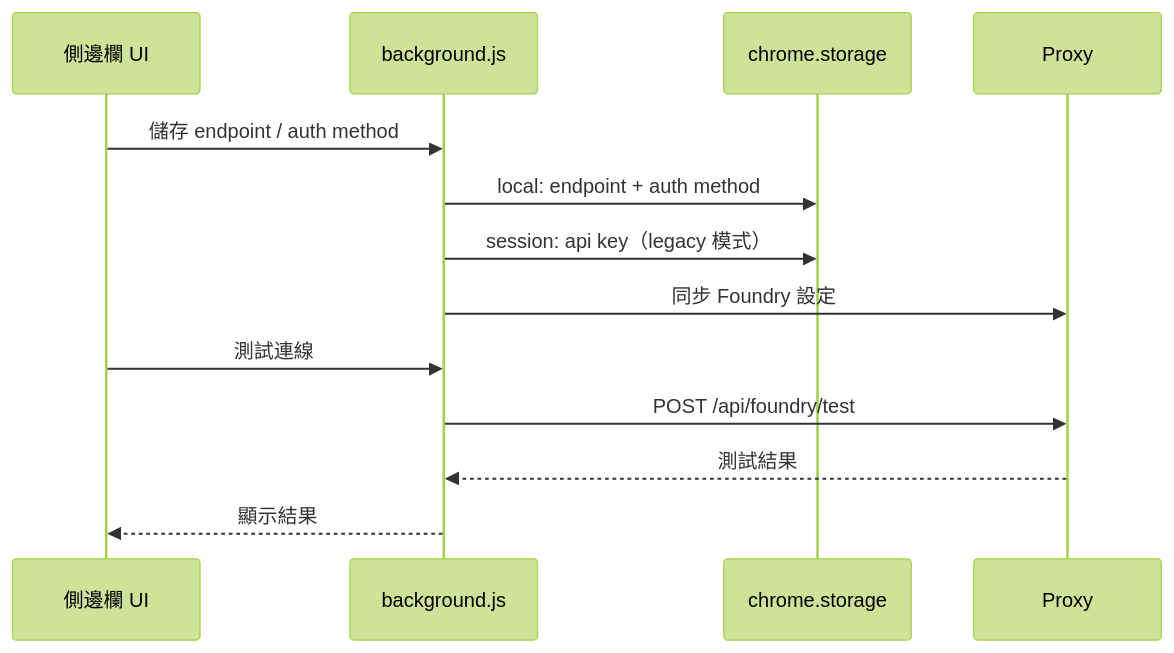
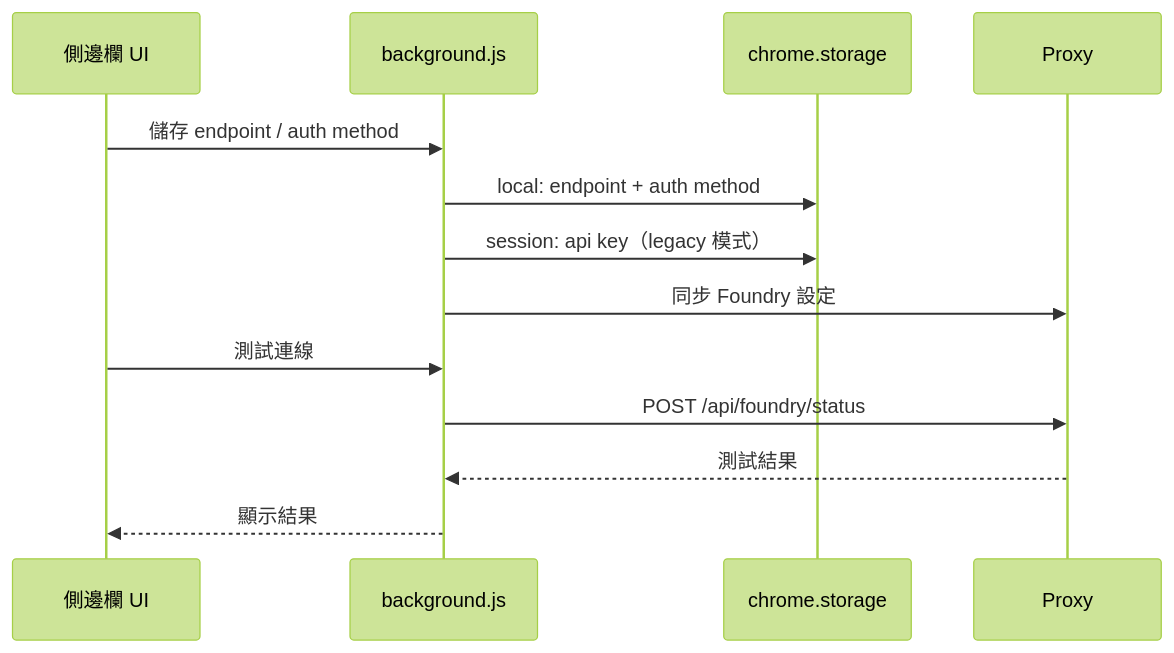
One commit to payton-chou-ms/browser-ext-for-iq-agent changed the eighth of 9 diagrams in docs/architecture.md. Above: the diagram before and after it, drawn with Mermaid (forest theme). The commit also changed other lines of this file and 8 other files, not shown here.

First line of the commit message:
feat: Enhance architecture documentation and add image serving capability

````diff
--- a/docs/architecture.md
+++ b/docs/architecture.md
@@ -196,16 +292,16 @@
 ```mermaid
 sequenceDiagram
   participant UI as 側邊欄 UI
   participant BG as background.js
   participant CS as chrome.storage
   participant PX as Proxy
 
   UI->>BG: 儲存 endpoint / auth method
   BG->>CS: local: endpoint + auth method
   BG->>CS: session: api key（legacy 模式）
   BG->>PX: 同步 Foundry 設定
   UI->>BG: 測試連線
-  BG->>PX: POST /api/foundry/test
+  BG->>PX: POST /api/foundry/status
   PX-->>BG: 測試結果
   BG-->>UI: 顯示結果
 ```
````
